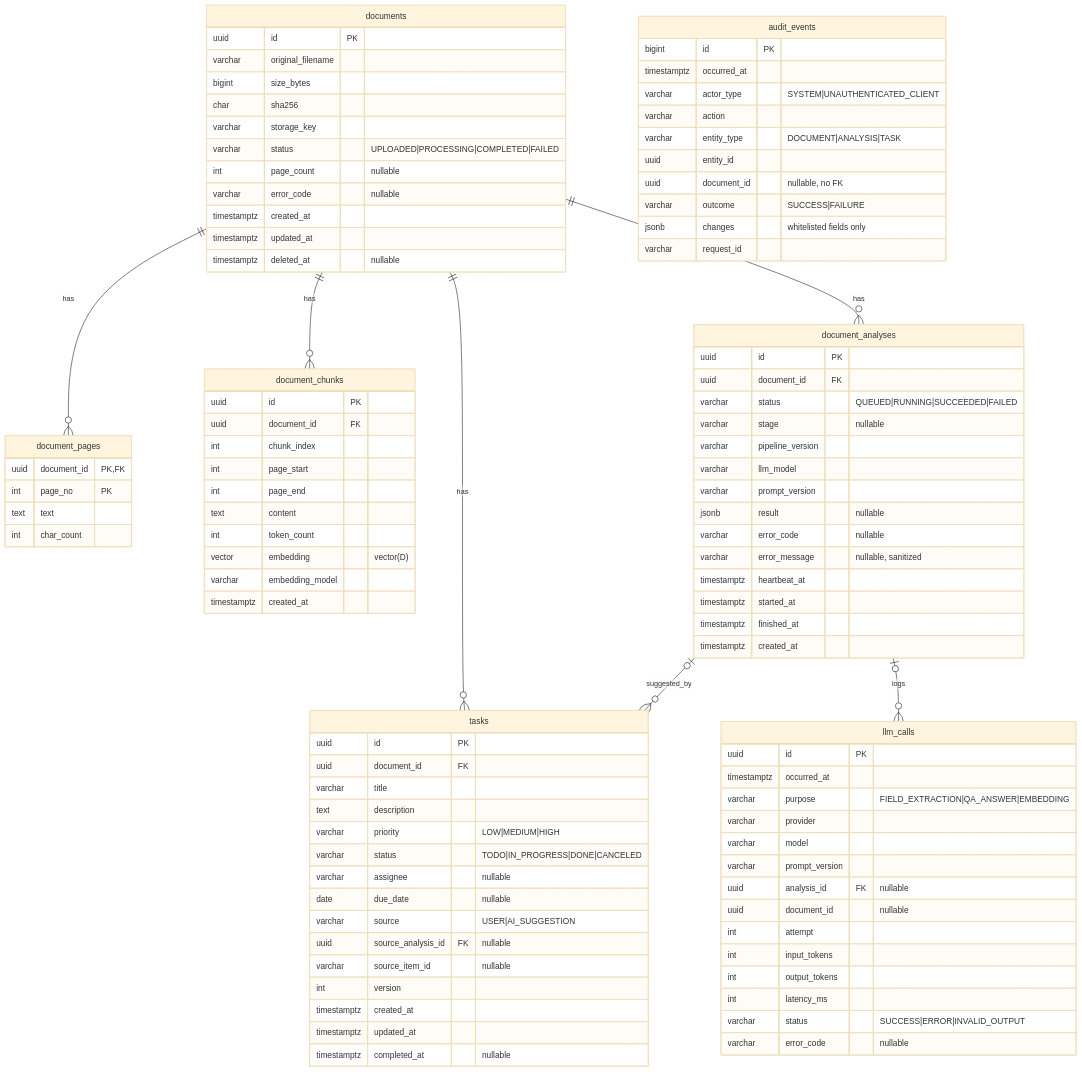
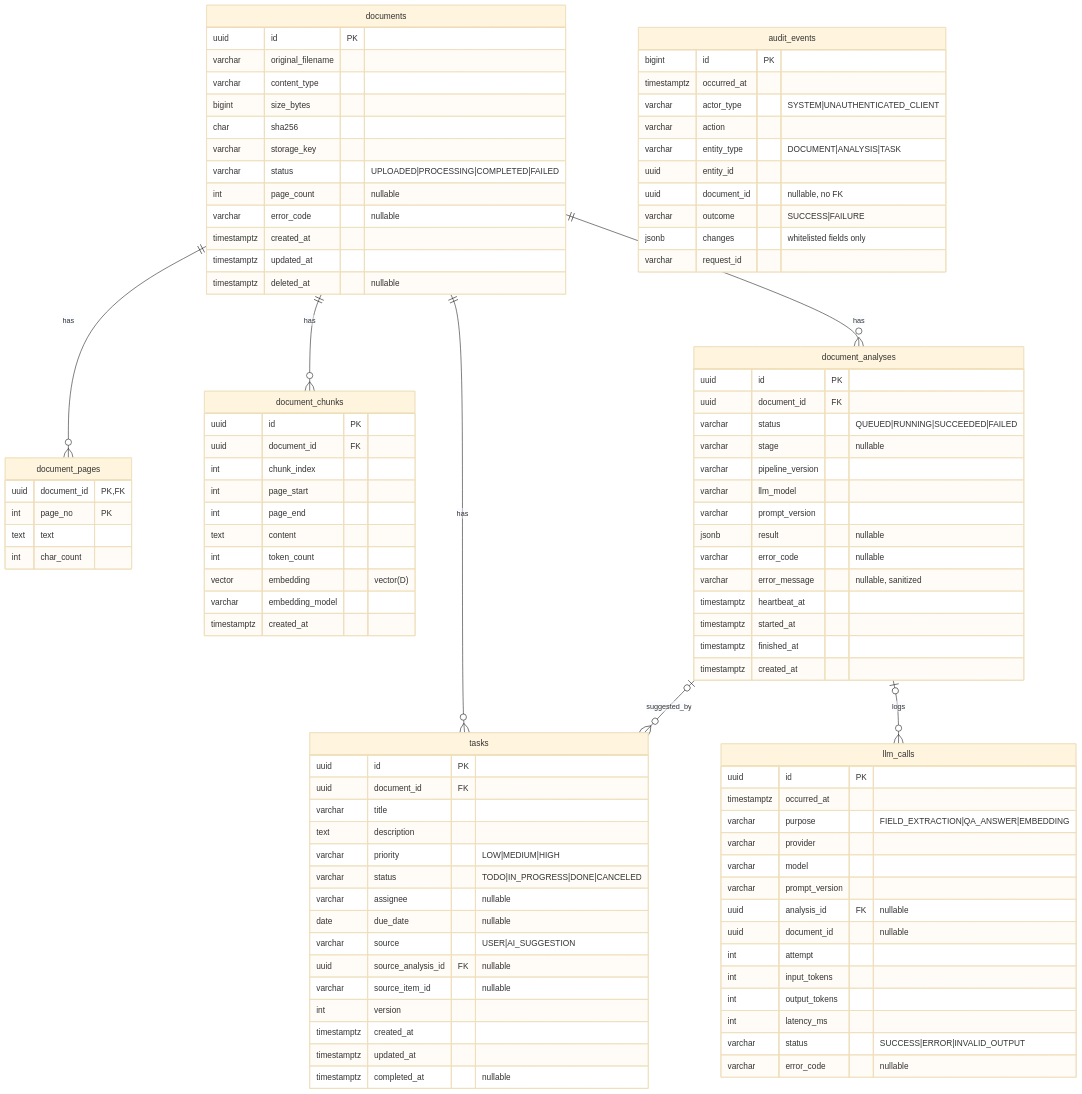
The diagram in docs/design/03-erd.md (wintery7/contractflow), drawn with Mermaid (base theme) before and after one commit. The commit also changed 3 other files, not shown here.

```diff
--- a/docs/design/03-erd.md
+++ b/docs/design/03-erd.md
@@ -29,6 +29,7 @@
     documents {
         uuid id PK
         varchar original_filename
+        varchar content_type
         bigint size_bytes
         char sha256
         varchar storage_key
```
